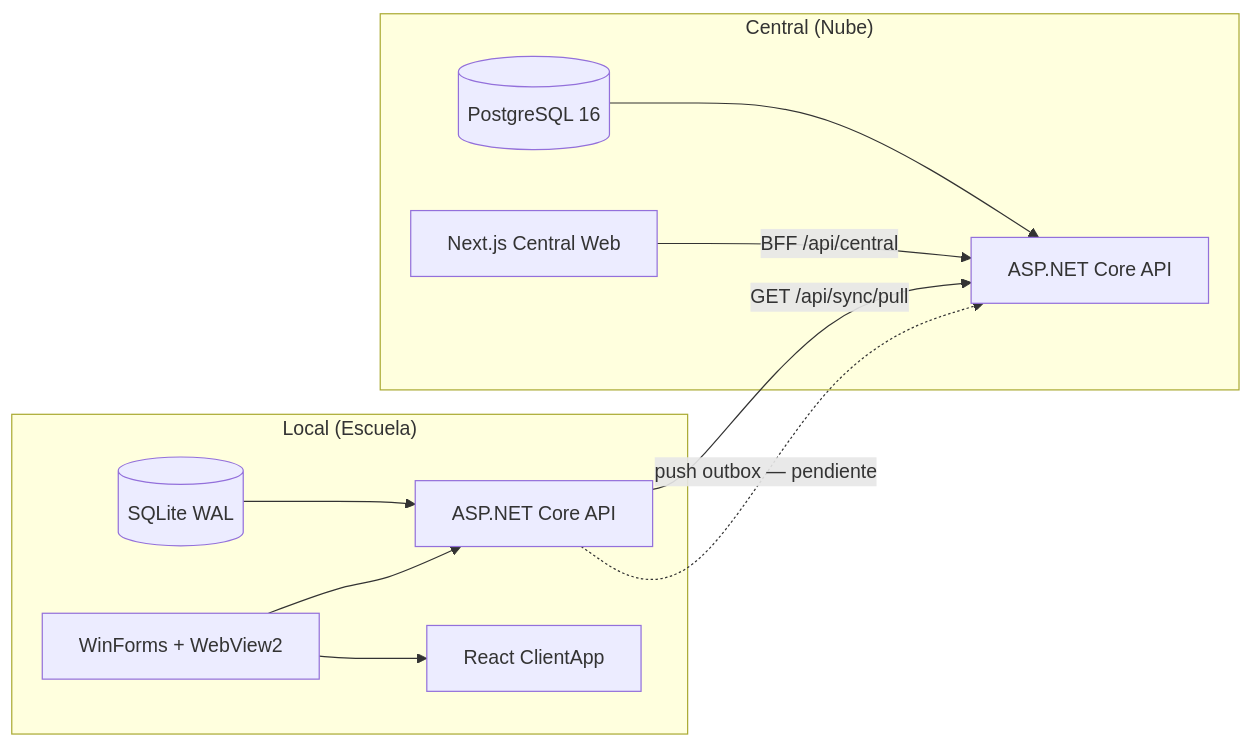
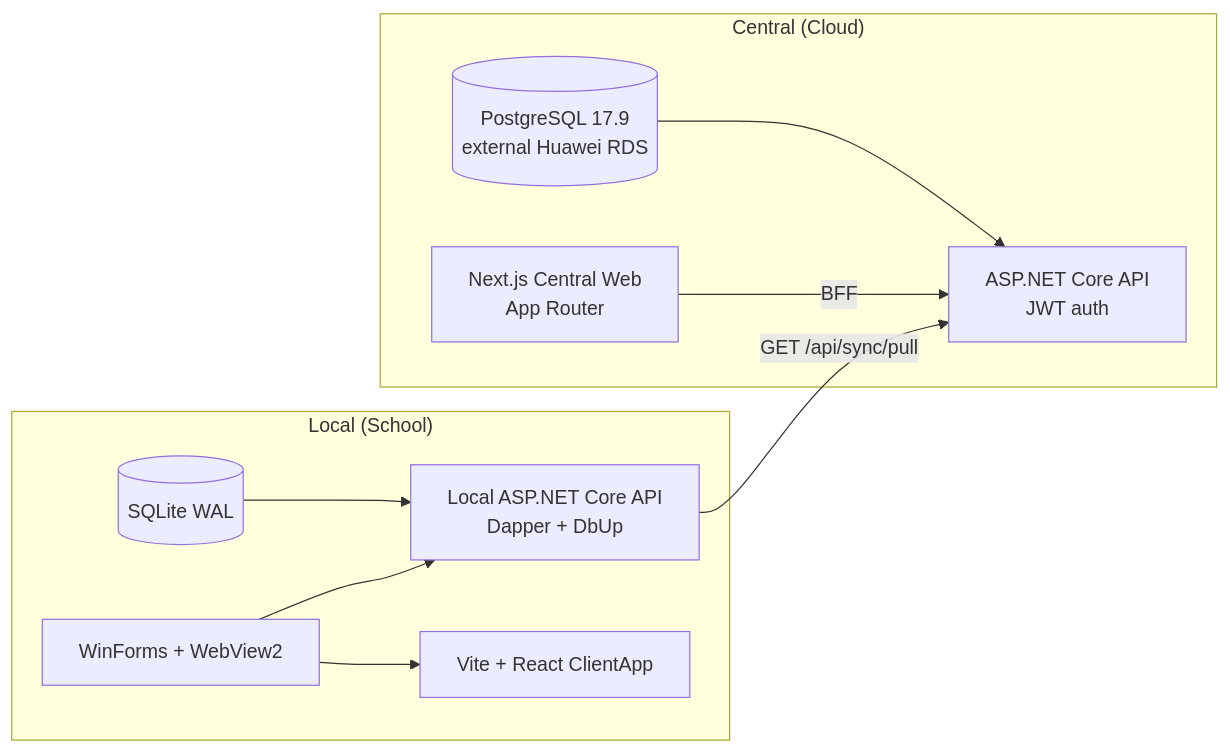
The diagram in README.md (GeronimoSerial/plan_cope), drawn with Mermaid before and after one commit. The commit also changed other lines of this file, not shown here.

````diff
--- a/README.md
+++ b/README.md
@@ -46,23 +36,22 @@
 ```mermaid
 flowchart LR
-  subgraph Central["Central (Nube)"]
-    PG[(PostgreSQL 16)]
-    API["ASP.NET Core API"]
-    WEB["Next.js Central Web"]
+  subgraph Central["Central (Cloud)"]
+    PG[(PostgreSQL 17.9<br/>external Huawei RDS)]
+    API["ASP.NET Core API<br/>JWT auth"]
+    WEB["Next.js Central Web<br/>App Router"]
     PG --> API
-    WEB -->|BFF /api/central| API
+    WEB -->|BFF| API
   end
 
-  subgraph Local["Local (Escuela)"]
+  subgraph Local["Local (School)"]
     SQL[(SQLite WAL)]
-    LAPI["ASP.NET Core API"]
+    LAPI["Local ASP.NET Core API<br/>Dapper + DbUp"]
     HOST["WinForms + WebView2"]
-    UI["React ClientApp"]
+    UI["Vite + React ClientApp"]
     SQL --> LAPI
     HOST --> LAPI
     HOST --> UI
   end
 
   LAPI -->|GET /api/sync/pull| API
-  LAPI -.->|push outbox — pendiente| API
 ```
````
